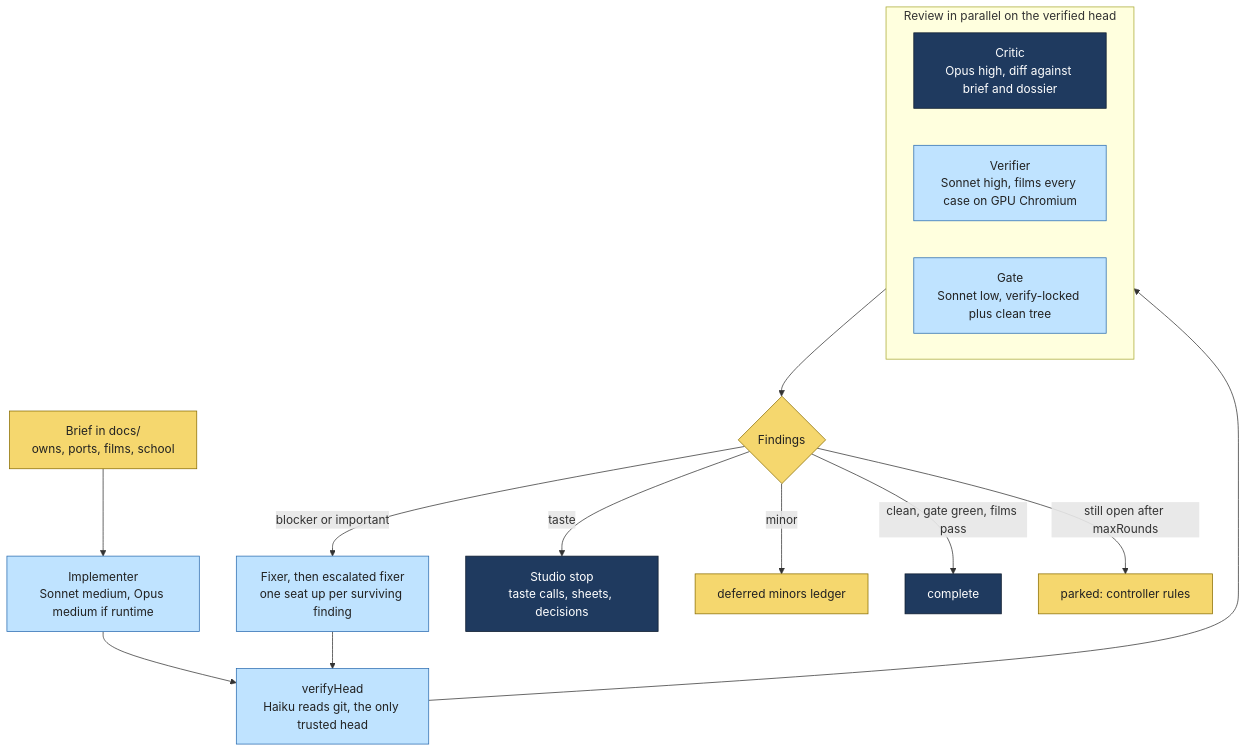
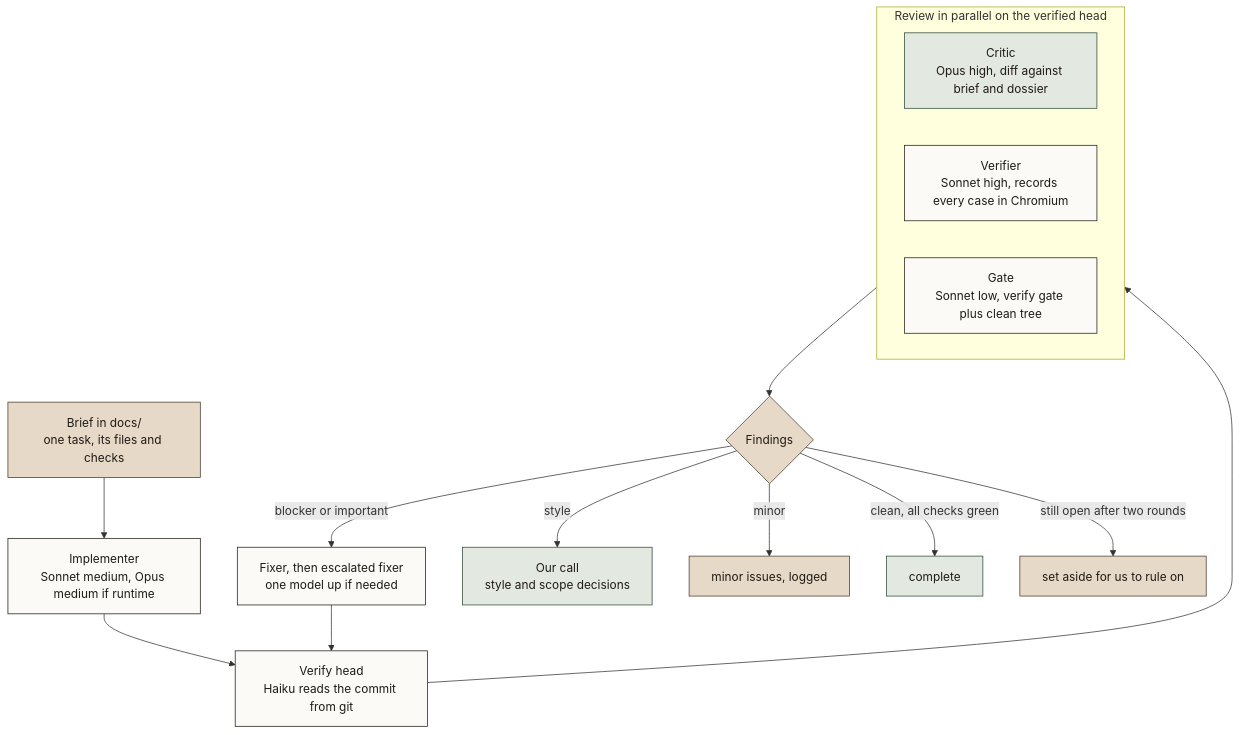
The sixth of 7 diagrams in README.md (BirchDesignLab/birchdesignlab), drawn with Mermaid before and after one commit. The commit also changed other lines of this file and 24 other files, not shown here.

````diff
--- a/README.md
+++ b/README.md
@@ -395,25 +346,25 @@
 ```mermaid
 flowchart TB
-    classDef store fill:#f5d76e,stroke:#8a6d00,color:#222
-    classDef cloud fill:#1f3a5f,stroke:#0d1b2e,color:#fff
-    classDef you fill:#bfe3ff,stroke:#2b6cb0,color:#222
+    classDef store fill:#e7d9c7,stroke:#4a3a2c,color:#1f1b15
+    classDef cloud fill:#e3e9e0,stroke:#2b4a37,color:#1f1b15
+    classDef you fill:#fbfaf6,stroke:#1f1b15,color:#1f1b15
 
-    BRIEF["Brief in docs/<br/>owns, ports, films, school"]:::store
+    BRIEF["Brief in docs/<br/>one task, its files and checks"]:::store
     IMPL["Implementer<br/>Sonnet medium, Opus medium if runtime"]:::you
-    VH["verifyHead<br/>Haiku reads git, the only trusted head"]:::you
+    VH["Verify head<br/>Haiku reads the commit from git"]:::you
     subgraph REVIEW["Review in parallel on the verified head"]
         CRIT["Critic<br/>Opus high, diff against brief and dossier"]:::cloud
-        VER["Verifier<br/>Sonnet high, films every case on GPU Chromium"]:::you
-        GATE["Gate<br/>Sonnet low, verify-locked plus clean tree"]:::you
+        VER["Verifier<br/>Sonnet high, records every case in Chromium"]:::you
+        GATE["Gate<br/>Sonnet low, verify gate plus clean tree"]:::you
     end
     SORT{"Findings"}:::store
-    FIX["Fixer, then escalated fixer<br/>one seat up per surviving finding"]:::you
-    STOP["Studio stop<br/>taste calls, sheets, decisions"]:::cloud
+    FIX["Fixer, then escalated fixer<br/>one model up if needed"]:::you
+    STOP["Our call<br/>style and scope decisions"]:::cloud
 
     BRIEF --> IMPL --> VH --> REVIEW --> SORT
     SORT -->|"blocker or important"| FIX --> VH
-    SORT -->|"taste"| STOP
-    SORT -->|"minor"| DEF["deferred minors ledger"]:::store
-    SORT -->|"clean, gate green, films pass"| DONE["complete"]:::cloud
-    SORT -->|"still open after maxRounds"| PARK["parked: controller rules"]:::store
+    SORT -->|"style"| STOP
+    SORT -->|"minor"| DEF["minor issues, logged"]:::store
+    SORT -->|"clean, all checks green"| DONE["complete"]:::cloud
+    SORT -->|"still open after two rounds"| PARK["set aside for us to rule on"]:::store
 ```
````
